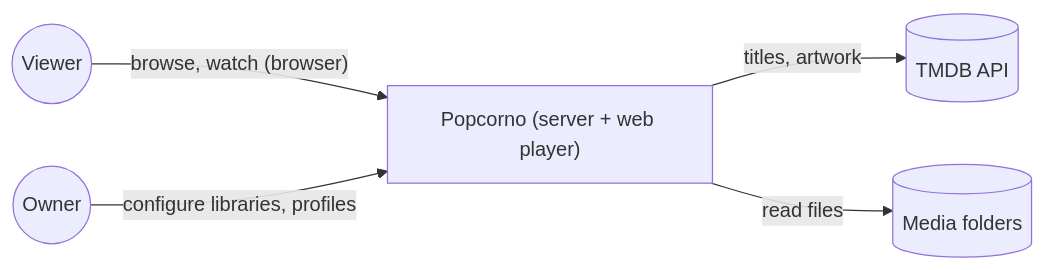
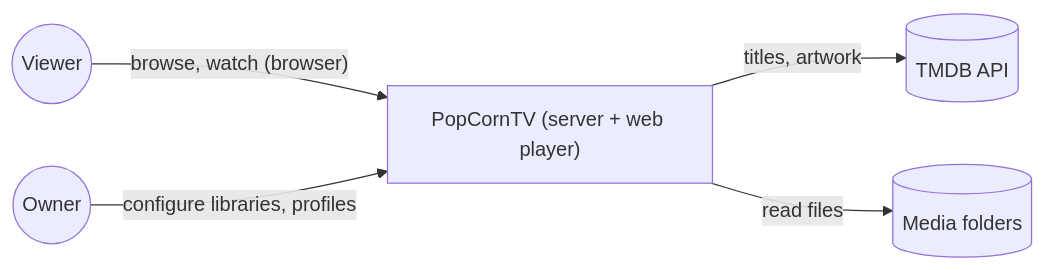
Before and after one commit to benoit-bremaud/popcorno: the diagram in docs/architecture/README.md, drawn with Mermaid. The commit also changed other lines of this file and 70 other files, not shown here.

First line of the commit message:
chore: rename the project to PopCornTV (#34)

````diff
--- a/docs/architecture/README.md
+++ b/docs/architecture/README.md
@@ -8,7 +8,7 @@
 ```mermaid
 flowchart LR
-  Viewer((Viewer)) -->|"browse, watch (browser)"| Popcorno["Popcorno (server + web player)"]
-  Owner((Owner)) -->|"configure libraries, profiles"| Popcorno
-  Popcorno -->|"titles, artwork"| TMDB[("TMDB API")]
-  Popcorno -->|"read files"| Media[("Media folders")]
+  Viewer((Viewer)) -->|"browse, watch (browser)"| PopCornTV["PopCornTV (server + web player)"]
+  Owner((Owner)) -->|"configure libraries, profiles"| PopCornTV
+  PopCornTV -->|"titles, artwork"| TMDB[("TMDB API")]
+  PopCornTV -->|"read files"| Media[("Media folders")]
 ```
````
